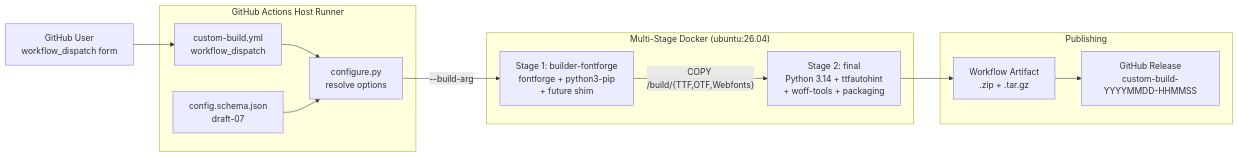
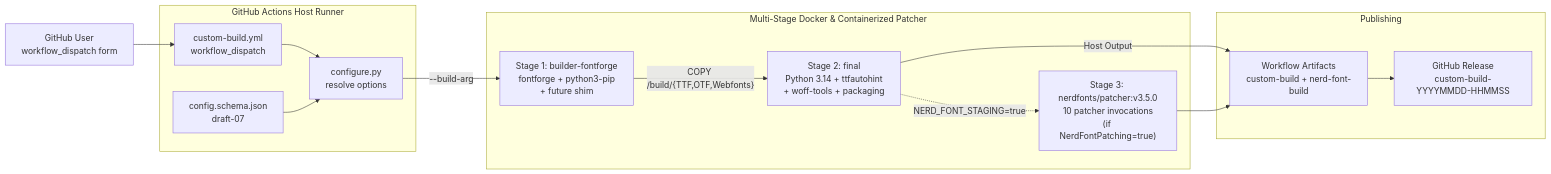
Before and after one commit to GulajavaMinistudio/fantasque-sans: the second of 3 diagrams in docs/ARCHITECTURE.md, drawn with Mermaid. The commit also changed other lines of this file and 10 other files, not shown here.

First line of the commit message:
feat: Implement Nerd Font Patcher Integration

````diff
--- a/docs/ARCHITECTURE.md
+++ b/docs/ARCHITECTURE.md
@@ -103,26 +103,29 @@
 ```mermaid
 flowchart LR
     subgraph Host["GitHub Actions Host Runner"]
         CFG[configure.py<br/>resolve options]
         SCHEMA[config.schema.json<br/>draft-07]
         WF[custom-build.yml<br/>workflow_dispatch]
     end
 
-    subgraph Docker["Multi-Stage Docker (ubuntu:26.04)"]
+    subgraph Docker["Multi-Stage Docker & Containerized Patcher"]
         S1["Stage 1: builder-fontforge<br/>fontforge + python3-pip<br/>+ future shim"]
         S2["Stage 2: final<br/>Python 3.14 + ttfautohint<br/>+ woff-tools + packaging"]
+        S3["Stage 3: nerdfonts/patcher:v3.5.0<br/>10 patcher invocations<br/>(if NerdFontPatching=true)"]
     end
 
     subgraph Publish["Publishing"]
-        ART[Workflow Artifact<br/>.zip + .tar.gz]
+        ART[Workflow Artifacts<br/>custom-build + nerd-font-build]
         REL[GitHub Release<br/>custom-build-YYYYMMDD-HHMMSS]
     end
 
     User["GitHub User<br/>workflow_dispatch form"] --> WF
     WF --> CFG
     SCHEMA --> CFG
     CFG --> |"--build-arg"| S1
     S1 --> |"COPY /build/{TTF,OTF,Webfonts}"| S2
-    S2 --> ART
+    S2 --> |"Host Output"| ART
+    S2 -.-> |"NERD_FONT_STAGING=true"| S3
+    S3 --> ART
     ART --> REL
 ```
````
